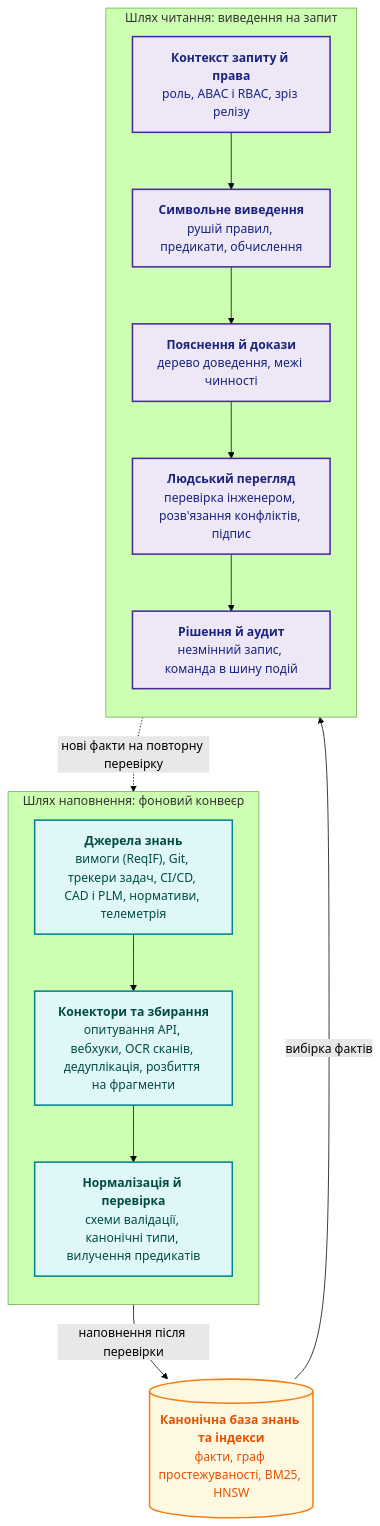
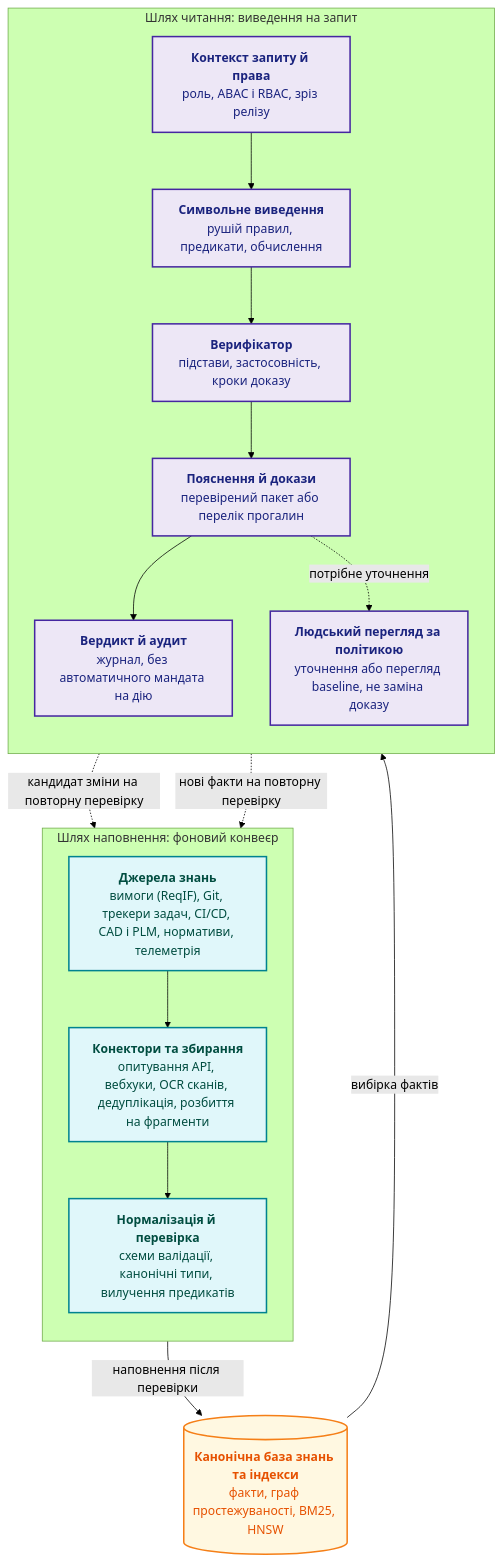
One commit to nick-fedchik/articles changed the second of 5 diagrams in ExpertSystem/ch16-expert-systems-architecture.md. Above: the diagram before and after it, drawn with Mermaid (forest theme). The commit also changed other lines of this file and 7 other files, not shown here.

````diff
--- a/ExpertSystem/ch16-expert-systems-architecture.md
+++ b/ExpertSystem/ch16-expert-systems-architecture.md
@@ -213,37 +234,40 @@
 ```mermaid
 flowchart TB
     accTitle: Референсна архітектура доказової експертної системи
     accDescr: Фоновий шлях наповнення перетворює джерела на канонічну базу знань, а шлях читання обробляє запит від перевірки прав до рішення й аудиту та повертає нові факти на повторну перевірку.
 
     subgraph FillPath["Шлях наповнення: фоновий конвеєр"]
         direction TB
         F1["<b>Джерела знань</b><br/>вимоги (ReqIF), Git, трекери задач, CI/CD, CAD і PLM, нормативи, телеметрія"]
         F2["<b>Конектори та збирання</b><br/>опитування API, вебхуки, OCR сканів, дедуплікація, розбиття на фрагменти"]
         F3["<b>Нормалізація й перевірка</b><br/>схеми валідації, канонічні типи, вилучення предикатів"]
         F1 --> F2 --> F3
     end
 
     KB[("<b>Канонічна база знань та індекси</b><br/>факти, граф простежуваності, BM25, HNSW")]
     F3 -->|"наповнення після перевірки"| KB
 
     subgraph ReadPath["Шлях читання: виведення на запит"]
         direction TB
         Q["<b>Контекст запиту й права</b><br/>роль, ABAC і RBAC, зріз релізу"]
         R1["<b>Символьне виведення</b><br/>рушій правил, предикати, обчислення"]
-        R2["<b>Пояснення й докази</b><br/>дерево доведення, межі чинності"]
-        R3["<b>Людський перегляд</b><br/>перевірка інженером, розв'язання конфліктів, підпис"]
-        R4["<b>Рішення й аудит</b><br/>незмінний запис, команда в шину подій"]
-        Q --> R1 --> R2 --> R3 --> R4
+        Verify["<b>Верифікатор</b><br/>підстави, застосовність, кроки доказу"]
+        R2["<b>Пояснення й докази</b><br/>перевірений пакет або перелік прогалин"]
+        R3["<b>Людський перегляд за політикою</b><br/>уточнення або перегляд baseline, не заміна доказу"]
+        R4["<b>Вердикт й аудит</b><br/>журнал, без автоматичного мандата на дію"]
+        Q --> R1 --> Verify --> R2 --> R4
+        R2 -.->|"потрібне уточнення"| R3
     end
 
     KB -->|"вибірка фактів"| Q
+    R3 -.->|"кандидат зміни на повторну перевірку"| F3
     R4 -.->|"нові факти на повторну перевірку"| F3
 
     classDef fill fill:#e0f7fa,stroke:#00838f,stroke-width:2px,color:#004d40;
     classDef kb fill:#fff8e1,stroke:#f57f17,stroke-width:2px,color:#e65100;
     classDef read fill:#ede7f6,stroke:#4527a0,stroke-width:2px,color:#1a237e;
 
     class F1,F2,F3 fill;
     class KB kb;
-    class Q,R1,R2,R3,R4 read;
+    class Q,R1,Verify,R2,R3,R4 read;
 ```
````
